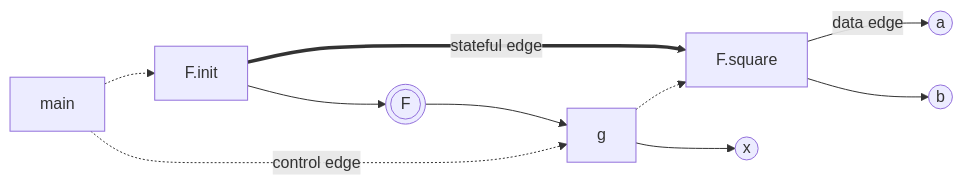
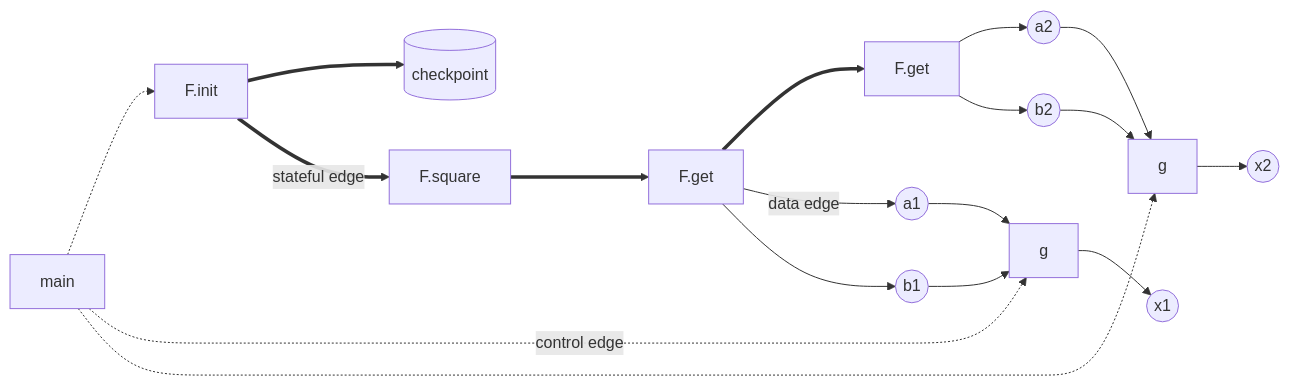
One commit to codenet/col733-cloud changed the second of 2 diagrams in compute-ray.md. Above: the diagram before and after it, drawn with Mermaid. The commit also changed other lines of this file, not shown here.

Commit message:
use example from class

````diff
--- a/compute-ray.md
+++ b/compute-ray.md
@@ -168,24 +175,39 @@
 ```mermaid
 flowchart LR
+	c[(checkpoint)]
 	f["F.init"]
 	s["F.square"]
+	get1["F.get"]
+	get2["F.get"]
+	g1[g]
+	g2[g]
 
-	F(((F)))
-	a((a))
-	b((b))
-	x((x))
+	a1((a1))
+	b1((b1))
+	a2((a2))
+	b2((b2))
+	x1((x1))
+	x2((x2))
 
 	main -.-> f
-	main -.-> |control edge| g
+	main -.-> |control edge| g1
+	main -.-> g2
+	f ==> c
 
-	f --> F
-	F --> g
+	a1 --> g1
+	b1 --> g1
+	a2 --> g2
+	b2 --> g2
 
-	g -.-> s
 	f ==> |stateful edge| s
+	s ==> get1
+	get1 ==> get2
 
-	s --> |data edge| a
-	s --> b
+	get1 --> |data edge| a1
+	get1 --> b1
+	get2 --> a2
+	get2 --> b2
 	
-	g --> x
+	g1 --> x1
+	g2 --> x2
 ```
````
